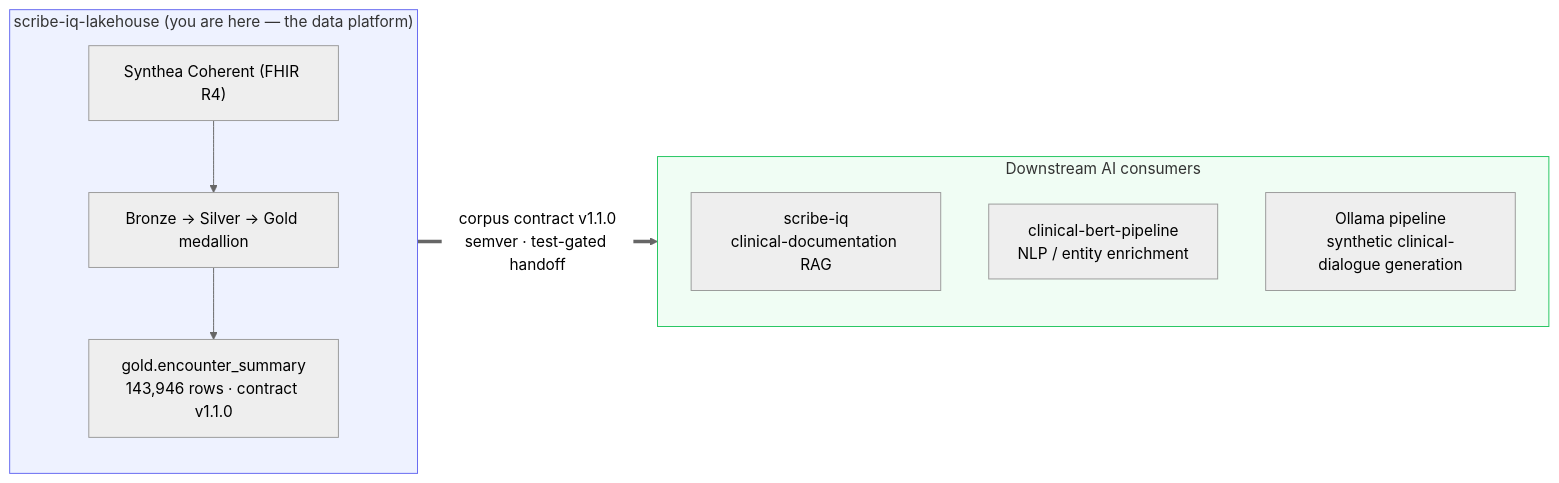
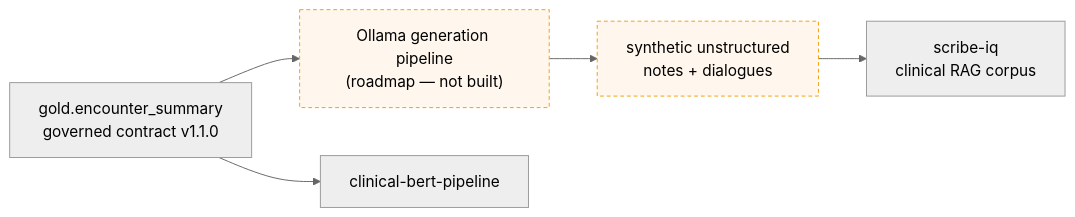
The diagram in docs/portfolio.md (sandeep-jay/scribe-iq-lakehouse), drawn with Mermaid (neutral theme) before and after one commit. The commit also changed other lines of this file and 11 other files, not shown here.

First line of the commit message:
docs: stack-forward homepage, architecture diagrams, provenance, and repo metadata (#5)

````diff
--- a/docs/portfolio.md
+++ b/docs/portfolio.md
@@ -9,21 +25,12 @@
 ```mermaid
 flowchart LR
-    subgraph LH["scribe-iq-lakehouse  (you are here — the data platform)"]
-        direction TB
-        S3["Synthea Coherent (FHIR R4)"]
-        MED["Bronze → Silver → Gold medallion"]
-        GD["gold.encounter_summary<br/>143,946 rows · contract v1.1.0"]
-        S3 --> MED --> GD
-    end
-    GD == "corpus contract v1.1.0<br/>semver · test-gated handoff" ==> C
-    subgraph C["Downstream AI consumers"]
-        direction TB
-        SIQ["scribe-iq<br/>clinical-documentation RAG"]
-        BERT["clinical-bert-pipeline<br/>NLP / entity enrichment"]
-        OLL["Ollama pipeline<br/>synthetic clinical-dialogue generation"]
-    end
-    classDef plat fill:#eef2ff,stroke:#6366f1;
-    classDef cons fill:#f0fdf4,stroke:#22c55e;
-    class LH plat
-    class C cons
+    GD["gold.encounter_summary<br/>governed contract v1.1.0"]
+    OLL["Ollama generation pipeline<br/>(roadmap — not built)"]
+    NOTES["synthetic unstructured<br/>notes + dialogues"]
+    SIQ["scribe-iq<br/>clinical RAG corpus"]
+    BERT["clinical-bert-pipeline"]
+    GD --> OLL --> NOTES --> SIQ
+    GD --> BERT
+    classDef road fill:#fff7ed,stroke:#f59e0b,stroke-dasharray:4 3;
+    class OLL,NOTES road
 ```
````
